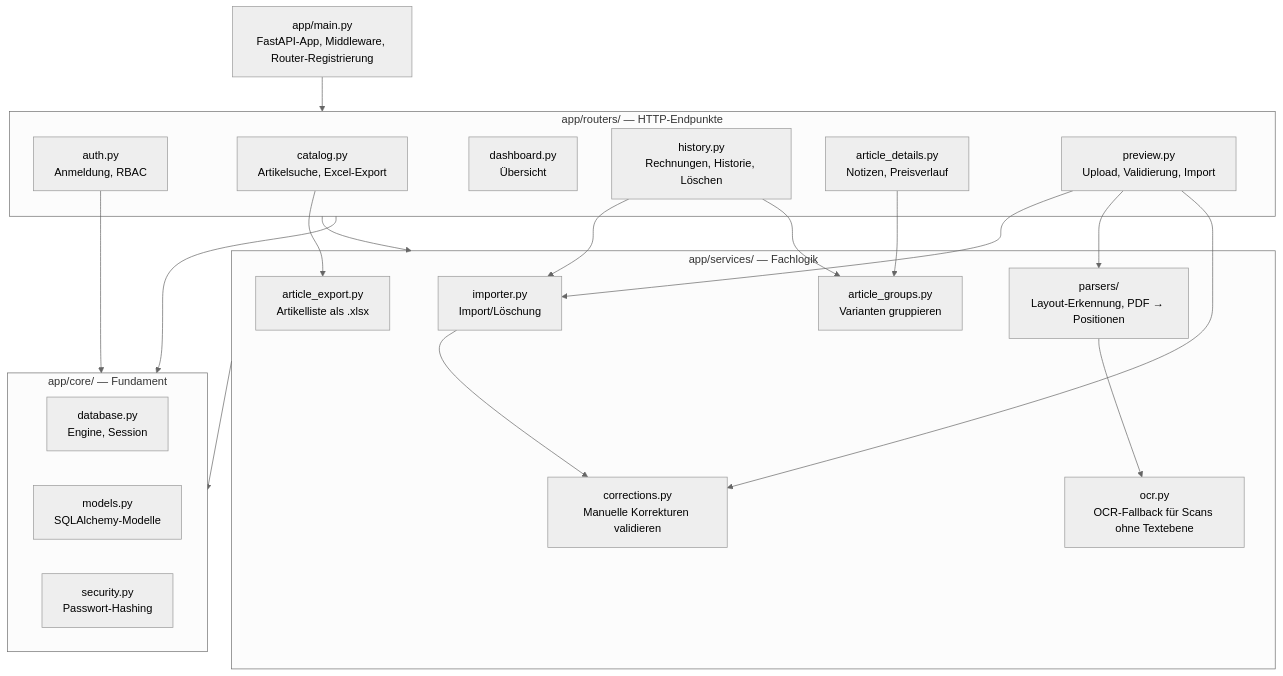
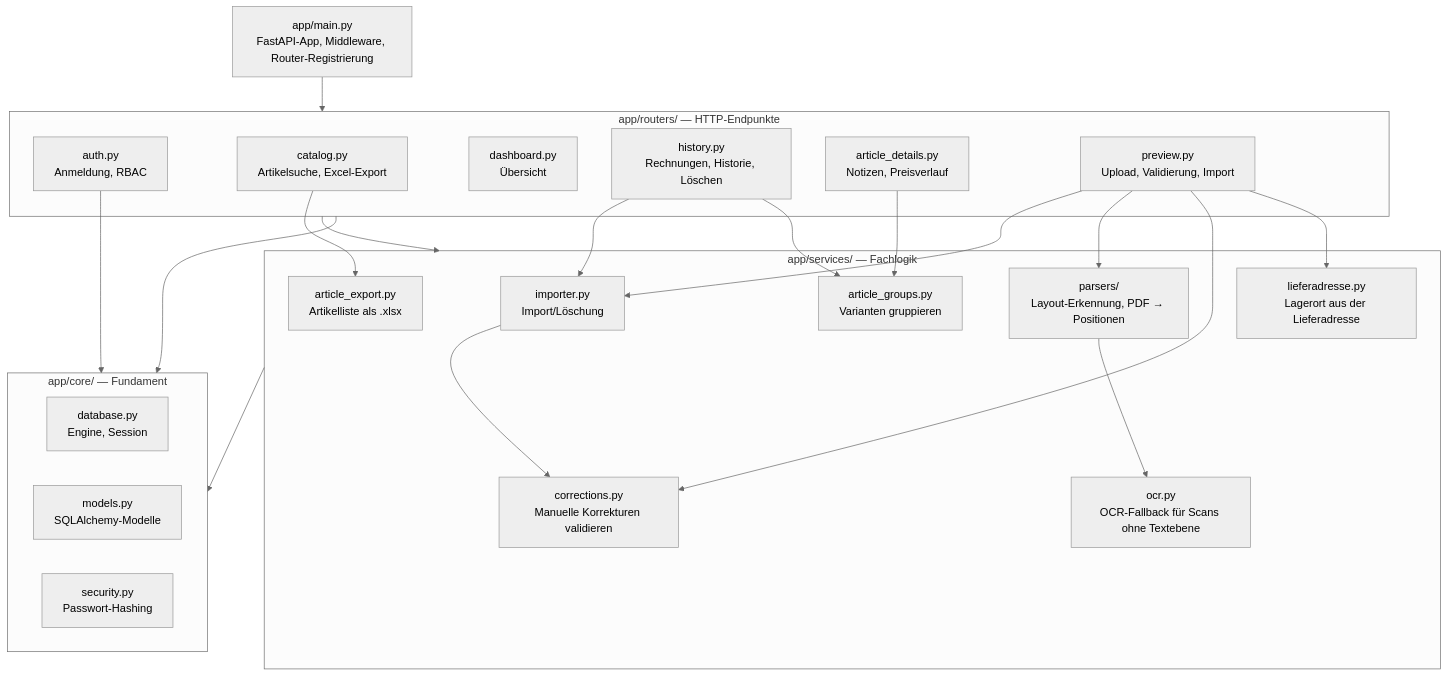
Before and after one commit to FreaXz03/sportfabrik-inventory: the first of 2 diagrams in docs/architektur.md, drawn with Mermaid (neutral theme). The commit also changed other lines of this file and 5 other files, not shown here.

First line of the commit message:
Doku: Lagerort aus der Lieferadresse (Teilaufgabe B4) nachfuehren

````diff
--- a/docs/architektur.md
+++ b/docs/architektur.md
@@ -8,40 +8,42 @@
 ```mermaid
 flowchart TB
     main["app/main.py<br/>FastAPI-App, Middleware, Router-Registrierung"]
     subgraph routers["app/routers/ — HTTP-Endpunkte"]
         auth["auth.py<br/>Anmeldung, RBAC"]
         catalog["catalog.py<br/>Artikelsuche, Excel-Export"]
         dashboard["dashboard.py<br/>Übersicht"]
         history["history.py<br/>Rechnungen, Historie, Löschen"]
         article_details["article_details.py<br/>Notizen, Preisverlauf"]
         preview["preview.py<br/>Upload, Validierung, Import"]
     end
     subgraph services["app/services/ — Fachlogik"]
         importer["importer.py<br/>Import/Löschung"]
+        lieferadresse["lieferadresse.py<br/>Lagerort aus der Lieferadresse"]
         parser["parsers/<br/>Layout-Erkennung, PDF → Positionen"]
         ocr["ocr.py<br/>OCR-Fallback für Scans ohne Textebene"]
         corrections["corrections.py<br/>Manuelle Korrekturen validieren"]
         article_groups["article_groups.py<br/>Varianten gruppieren"]
         article_export["article_export.py<br/>Artikelliste als .xlsx"]
     end
     subgraph core["app/core/ — Fundament"]
         database["database.py<br/>Engine, Session"]
         models["models.py<br/>SQLAlchemy-Modelle"]
         security["security.py<br/>Passwort-Hashing"]
     end
 
     main --> routers
     routers --> services
     routers --> core
     services --> core
     auth --> core
     preview --> importer
     preview --> parser
     preview --> corrections
+    preview --> lieferadresse
     importer --> corrections
     parser --> ocr
     history --> importer
     history --> article_groups
     article_details --> article_groups
     catalog --> article_export
 ```
````
